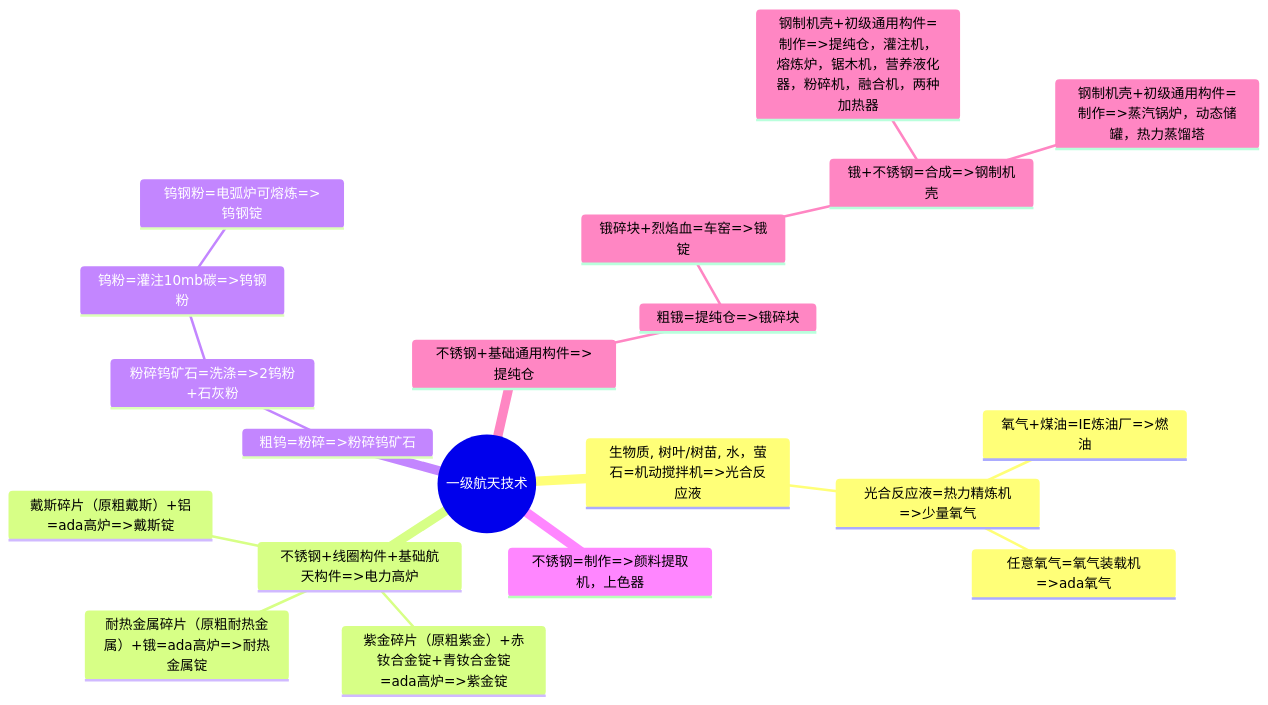
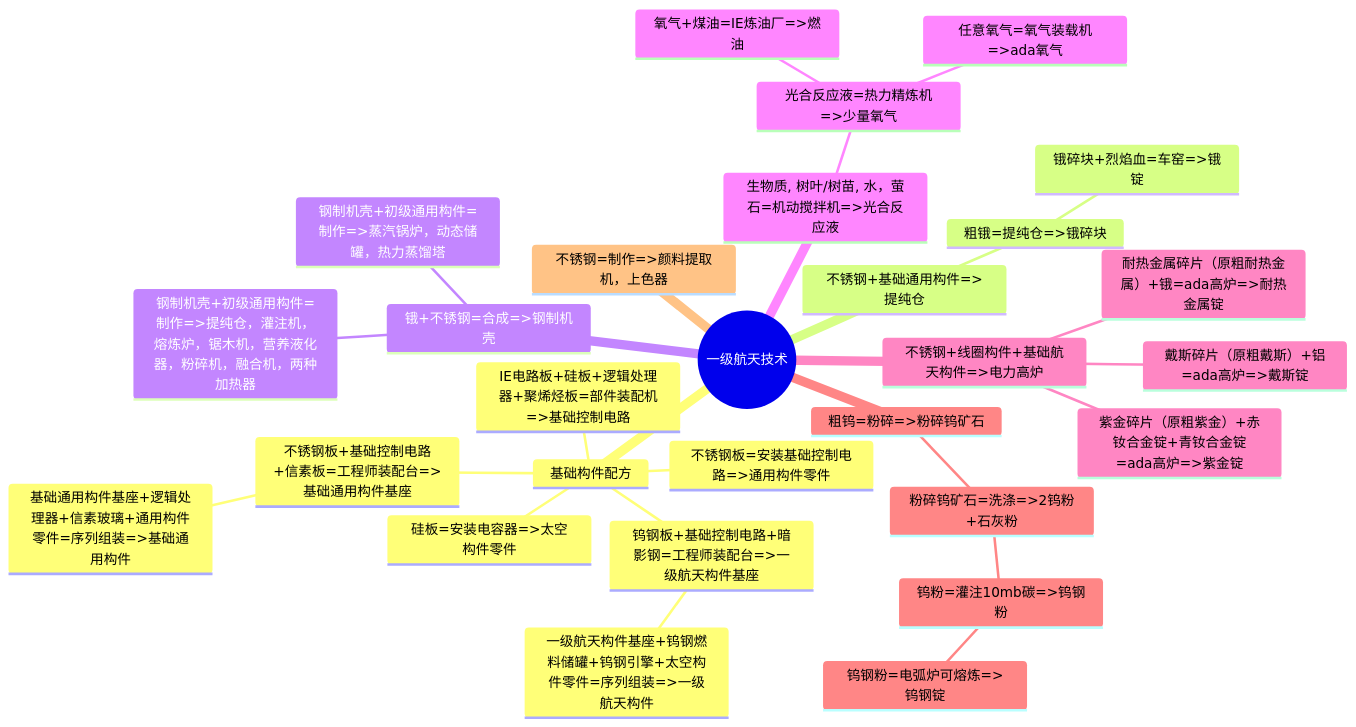
The first of 4 diagrams in Developer/TechTreeMap.md (VechniMetel/CodeNameCIM2), drawn with Mermaid before and after one commit. The commit also changed other lines of this file and 1 other file, not shown here.

````diff
--- a/Developer/TechTreeMap.md
+++ b/Developer/TechTreeMap.md
@@ -2,23 +2,31 @@
 ``` mermaid
 mindmap
     root((一级航天技术))
+        基础构件配方
+            IE电路板+硅板+逻辑处理器+聚烯烃板=部件装配机=>基础控制电路
+            不锈钢板=安装基础控制电路=>通用构件零件
+            硅板=安装电容器=>太空构件零件
+            钨钢板+基础控制电路+暗影钢=工程师装配台=>一级航天构件基座
+                一级航天构件基座+钨钢燃料储罐+钨钢引擎+太空构件零件=序列组装=>一级航天构件
+            不锈钢板+基础控制电路+信素板=工程师装配台=>基础通用构件基座
+                基础通用构件基座+逻辑处理器+信素玻璃+通用构件零件=序列组装=>基础通用构件
+        不锈钢+基础通用构件=>提纯仓
+            粗锇=提纯仓=>锇碎块
+                锇碎块+烈焰血=车窑=>锇锭
+        锇+不锈钢=合成=>钢制机壳
+            钢制机壳+初级通用构件=制作=>提纯仓，灌注机，熔炼炉，锯木机，营养液化器，粉碎机，融合机，两种加热器
+            钢制机壳+初级通用构件=制作=>蒸汽锅炉，动态储罐，热力蒸馏塔
         生物质, 树叶/树苗, 水，萤石=机动搅拌机=>光合反应液
             光合反应液=热力精炼机=>少量氧气
                 氧气+煤油=IE炼油厂=>燃油
                 任意氧气=氧气装载机=>ada氧气
         不锈钢+线圈构件+基础航天构件=>电力高炉
             戴斯碎片（原粗戴斯）+铝=ada高炉=>戴斯锭
             紫金碎片（原粗紫金）+赤钕合金锭+青钕合金锭=ada高炉=>紫金锭
             耐热金属碎片（原粗耐热金属）+锇=ada高炉=>耐热金属锭
         粗钨=粉碎=>粉碎钨矿石
             粉碎钨矿石=洗涤=>2钨粉+石灰粉
                 钨粉=灌注10mb碳=>钨钢粉
                     钨钢粉=电弧炉可熔炼=>钨钢锭
         不锈钢=制作=>颜料提取机，上色器
-        不锈钢+基础通用构件=>提纯仓
-            粗锇=提纯仓=>锇碎块
-                锇碎块+烈焰血=车窑=>锇锭
-                    锇+不锈钢=合成=>钢制机壳
-                        钢制机壳+初级通用构件=制作=>提纯仓，灌注机，熔炼炉，锯木机，营养液化器，粉碎机，融合机，两种加热器
-                        钢制机壳+初级通用构件=制作=>蒸汽锅炉，动态储罐，热力蒸馏塔
 ```
````
